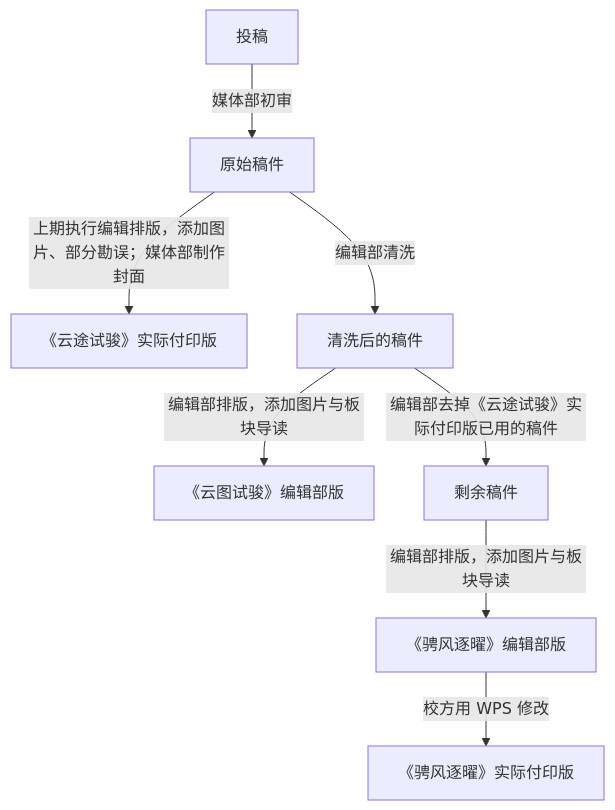
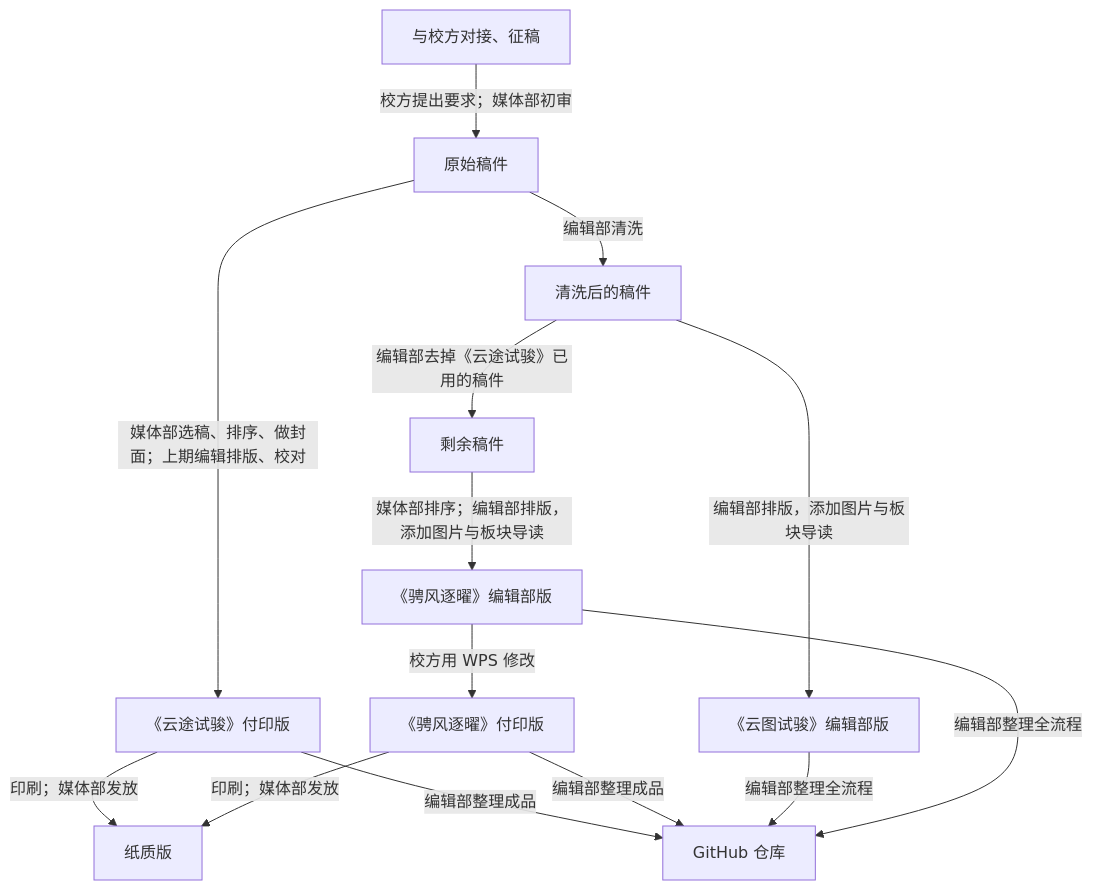
The diagram in README.md (Yinzhou-High-School-Campus-Journal/Sports-Day-Issues-2026), drawn with Mermaid before and after one commit. The commit also changed other lines of this file, not shown here.

First line of the commit message:
Explain the shared copies and fold the workflow checklist into the flowchart

````diff
--- a/README.md
+++ b/README.md
@@ -47,13 +33,17 @@
 ```mermaid
 flowchart TD
-    S["投稿"] -->|"媒体部初审"| A["原始稿件"]
+    S["与校方对接、征稿"] -->|"校方提出要求；媒体部初审"| A["原始稿件"]
 
-    A -->|"上期执行编辑排版，添加图片、部分勘误；媒体部制作封面"| B["《云途试骏》实际付印版"]
+    A -->|"媒体部选稿、排序、做封面；上期编辑排版、校对"| B["《云途试骏》付印版"]
     A -->|"编辑部清洗"| C["清洗后的稿件"]
 
     C -->|"编辑部排版，添加图片与板块导读"| D["《云图试骏》编辑部版"]
-    C -->|"编辑部去掉《云途试骏》实际付印版已用的稿件"| E["剩余稿件"]
+    C -->|"编辑部去掉《云途试骏》已用的稿件"| E["剩余稿件"]
 
-    E -->|"编辑部排版，添加图片与板块导读"| F["《骋风逐曜》编辑部版"]
-    F -->|"校方用 WPS 修改"| G["《骋风逐曜》实际付印版"]
+    E -->|"媒体部排序；编辑部排版，添加图片与板块导读"| F["《骋风逐曜》编辑部版"]
+    F -->|"校方用 WPS 修改"| G["《骋风逐曜》付印版"]
+
+    B & G -->|"印刷；媒体部发放"| H["纸质版"]
+    B & G -->|"编辑部整理成品"| I["GitHub 仓库"]
+    D & F -->|"编辑部整理全流程"| I["GitHub 仓库"]
 ```
````
